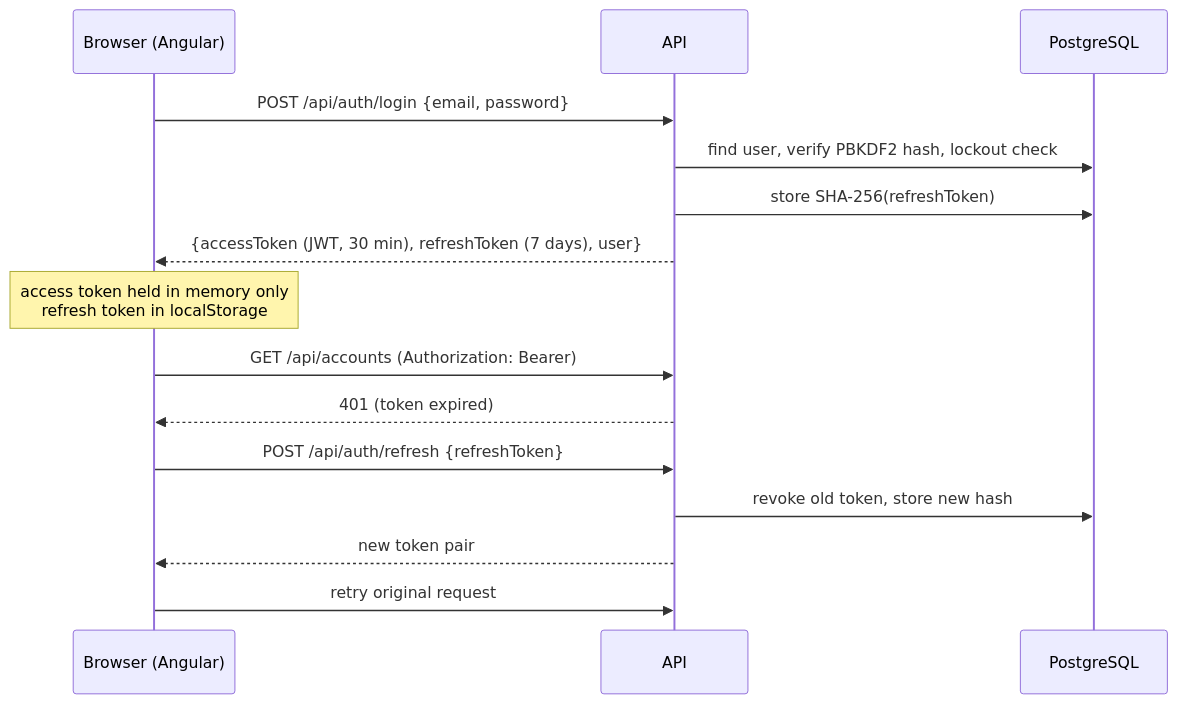
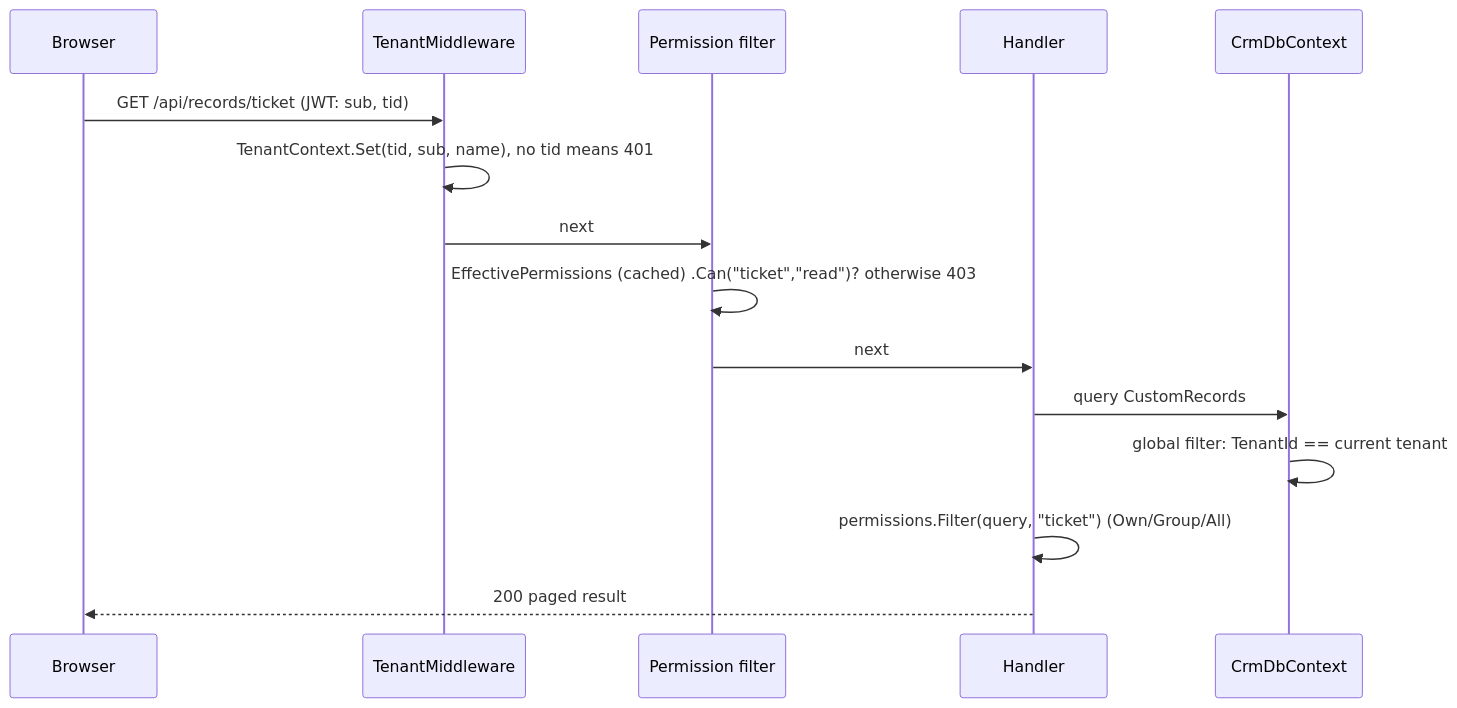
The second of 3 diagrams in docs/ARCHITECTURE.md (hardeepsingh-git/crm), drawn with Mermaid before and after one commit. The commit also changed other lines of this file and 93 other files, not shown here.

````diff
--- a/docs/ARCHITECTURE.md
+++ b/docs/ARCHITECTURE.md
@@ -78,17 +56,17 @@
 ```mermaid
 sequenceDiagram
-    participant B as Browser (Angular)
-    participant A as API
-    participant D as PostgreSQL
-    B->>A: POST /api/auth/login {email, password}
-    A->>D: find user, verify PBKDF2 hash, lockout check
-    A->>D: store SHA-256(refreshToken)
-    A-->>B: {accessToken (JWT, 30 min), refreshToken (7 days), user}
-    Note over B: access token held in memory only<br/>refresh token in localStorage
-    B->>A: GET /api/accounts (Authorization: Bearer)
-    A-->>B: 401 (token expired)
-    B->>A: POST /api/auth/refresh {refreshToken}
-    A->>D: revoke old token, store new hash
-    A-->>B: new token pair
-    B->>A: retry original request
+    participant B as Browser
+    participant M as TenantMiddleware
+    participant P as Permission filter
+    participant H as Handler
+    participant C as CrmDbContext
+    B->>M: GET /api/records/ticket (JWT: sub, tid)
+    M->>M: TenantContext.Set(tid, sub, name), no tid means 401
+    M->>P: next
+    P->>P: EffectivePermissions (cached) .Can("ticket","read")? otherwise 403
+    P->>H: next
+    H->>C: query CustomRecords
+    C->>C: global filter: TenantId == current tenant
+    H->>H: permissions.Filter(query, "ticket") (Own/Group/All)
+    H-->>B: 200 paged result
 ```
````
